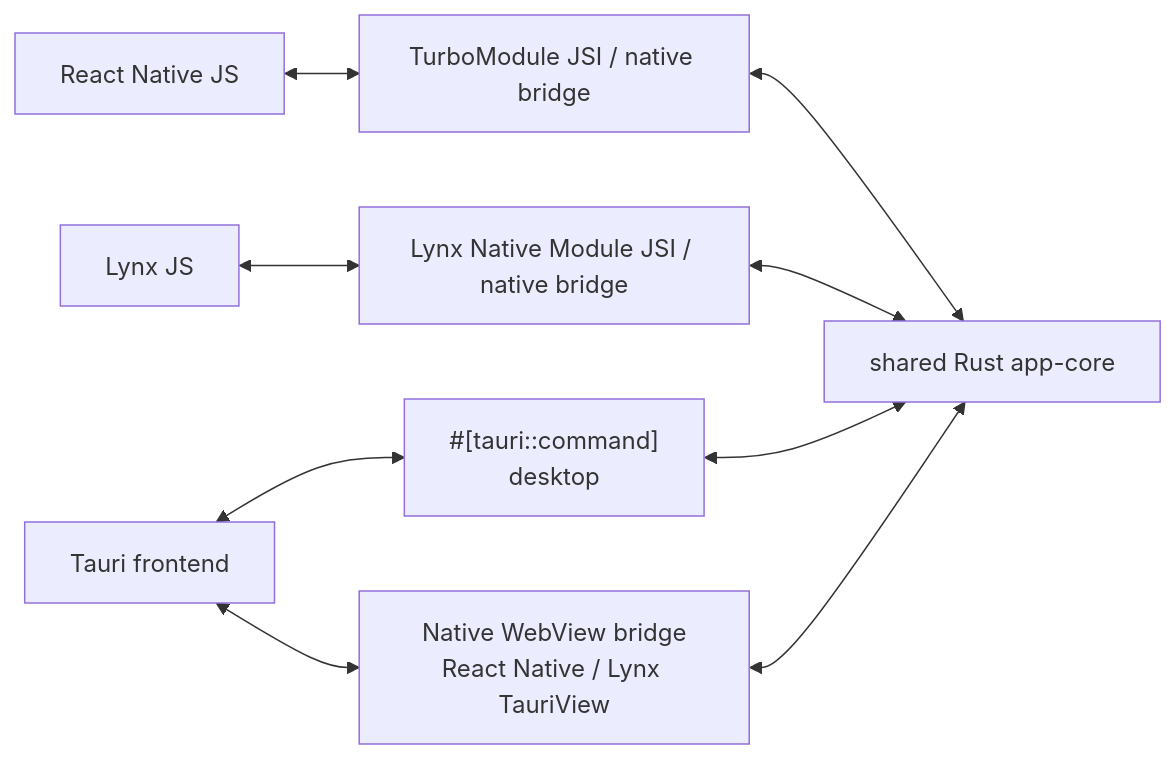
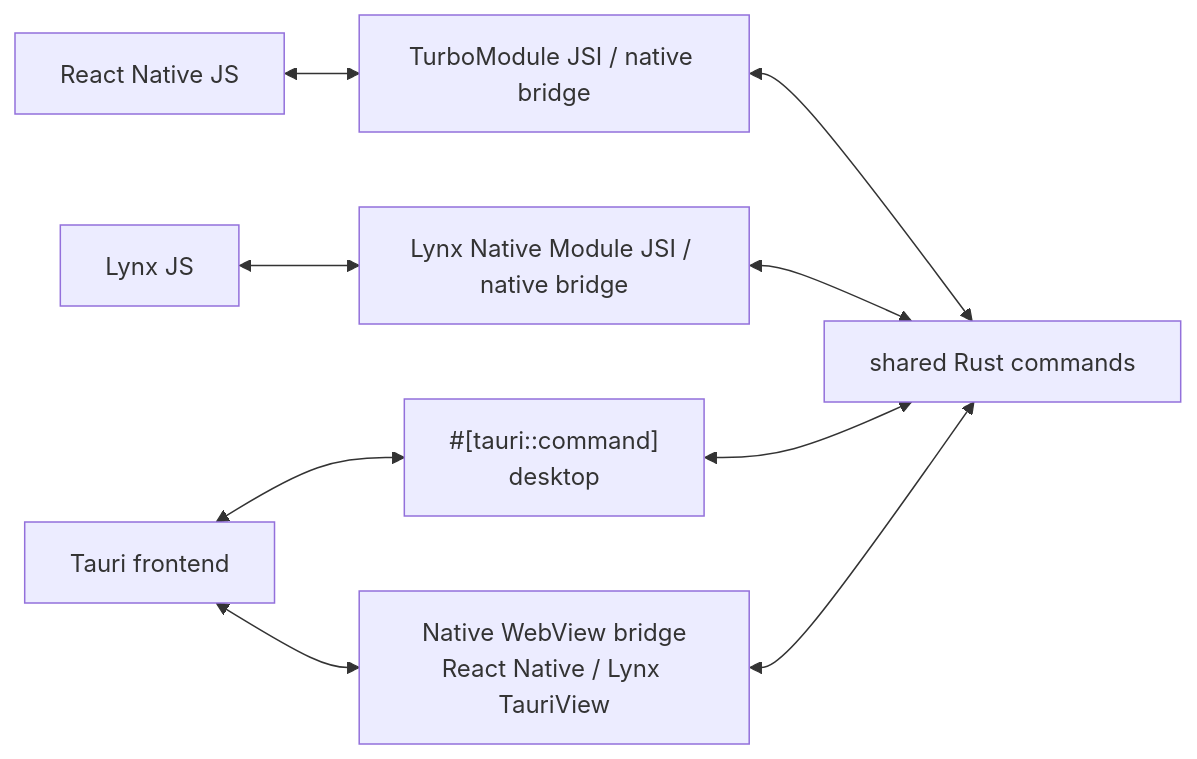
One commit to gronxb/tauri-native changed the diagram in README.md. Above: the diagram before and after it, drawn with Mermaid. The commit also changed other lines of this file and 52 other files, not shown here.

````diff
--- a/README.md
+++ b/README.md
@@ -91,14 +91,14 @@
 ```mermaid
 flowchart LR
   RN["React Native JS"] <--> JSI["TurboModule JSI / native bridge"]
-  JSI <--> RUST["shared Rust app-core"]
+  JSI <--> RUST["shared Rust commands"]
 
   LYNX["Lynx JS"] <--> LYNX_BRIDGE["Lynx Native Module JSI / native bridge"]
   LYNX_BRIDGE <--> RUST
 
   TAURI["Tauri frontend"] <--> COMMAND["#[tauri::command]<br/>desktop"]
   COMMAND <--> RUST
 
   TAURI <--> WEBVIEW["Native WebView bridge<br/>React Native / Lynx TauriView"]
   WEBVIEW <--> RUST
 ```
````
